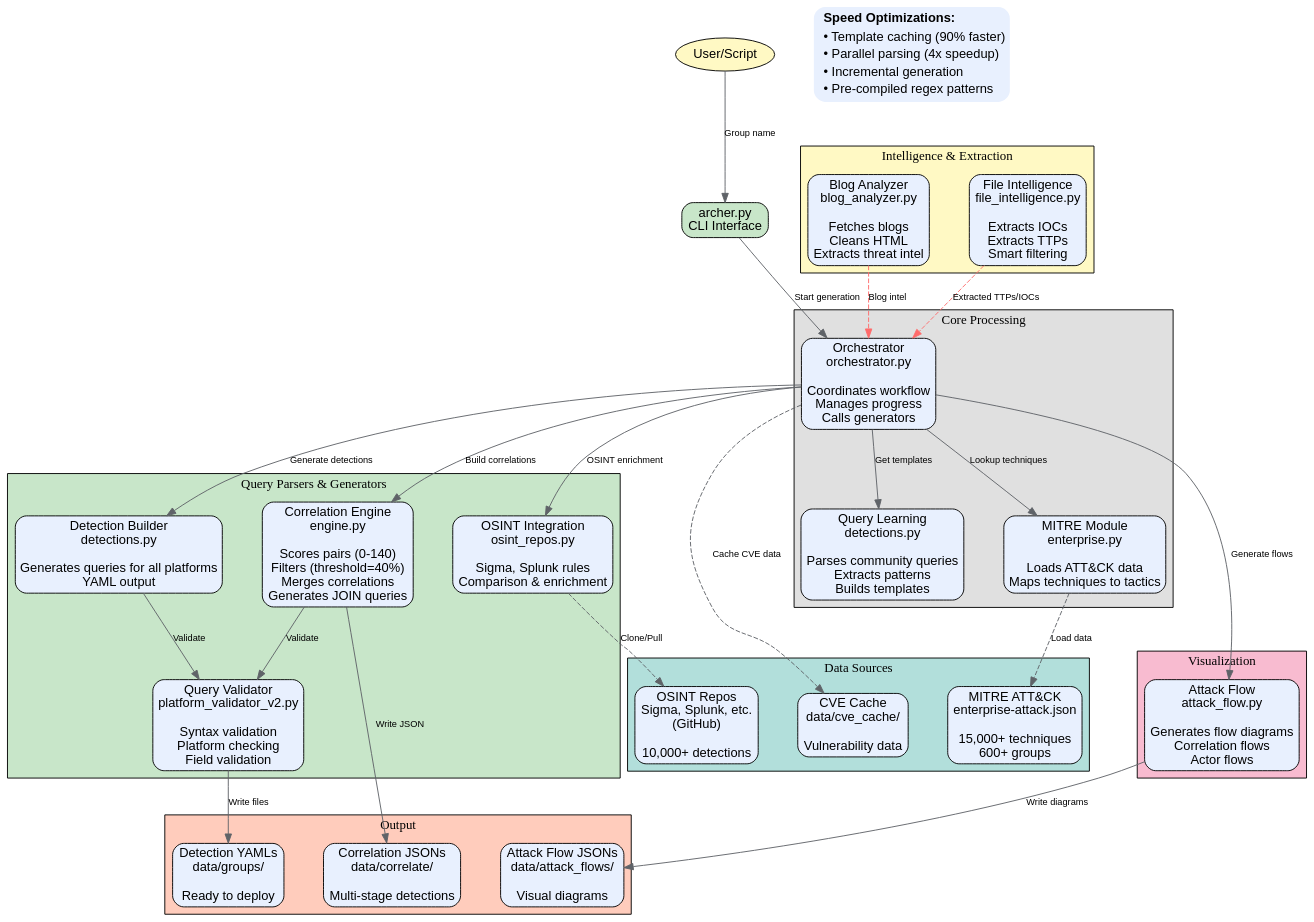
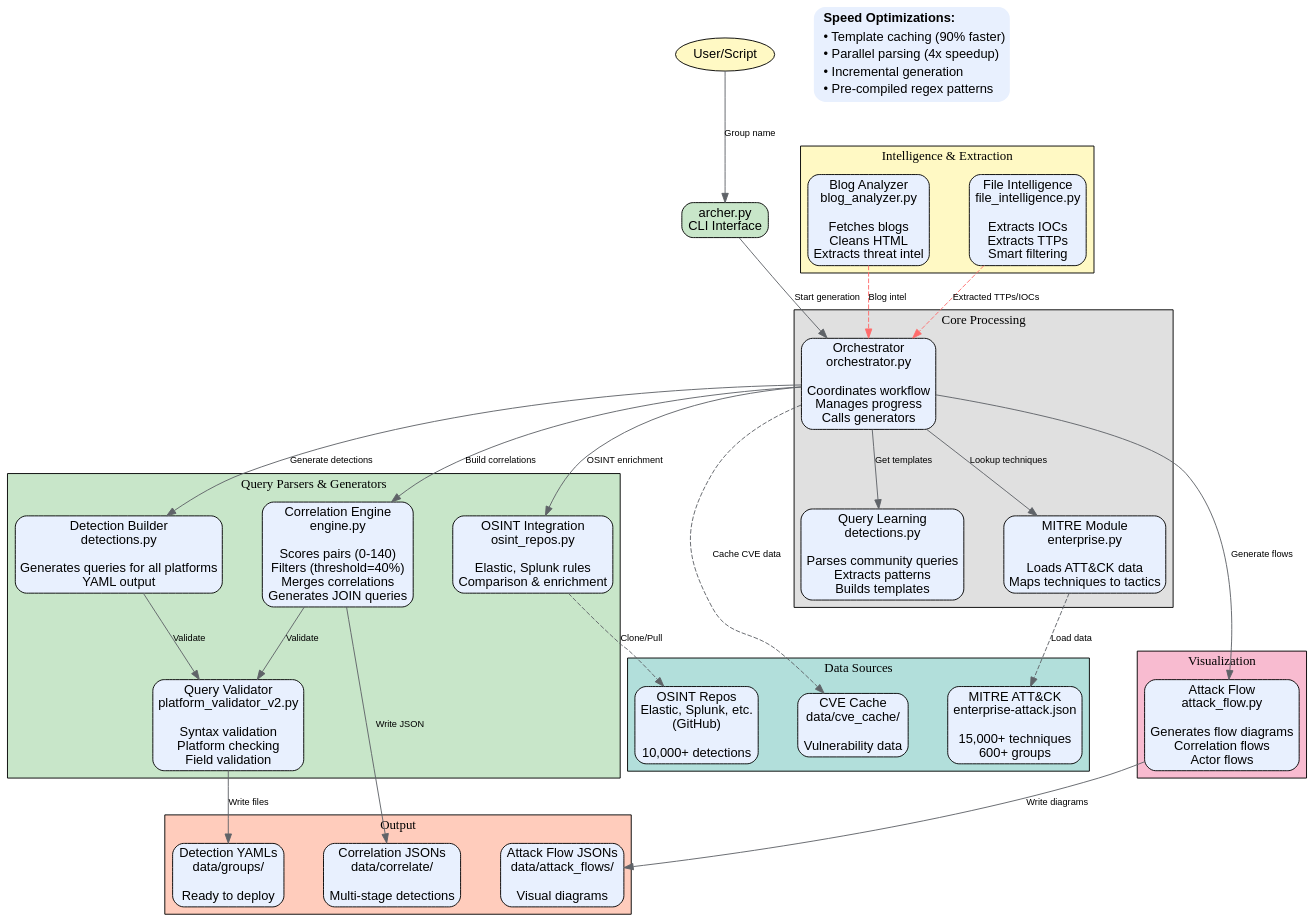
One commit to cmdaltr/shikari changed the diagram in docs/architecture/diagrams/components/cli_diagram.dot. Above: the diagram before and after it, drawn with Graphviz. The commit also changed 24 other files, not shown here.

```diff
--- a/docs/architecture/diagrams/components/cli_diagram.dot
+++ b/docs/architecture/diagrams/components/cli_diagram.dot
@@ -1,120 +1,120 @@
 digraph ArcherCLI {
     rankdir=TB;
     node [shape=box, style="rounded,filled", fillcolor="#e8f0fe", fontname="Arial"];
     edge [color="#5f6368", fontname="Arial", fontsize=10];
 
     graph [bgcolor="transparent", pad="0.5", ranksep="0.8", nodesep="0.6"];
 
     // User input
     user [label="User/Script", shape=ellipse, fillcolor="#fff9c4", style="filled"];
 
     // CLI entry point
     cli [label="archer.py\nCLI Interface", fillcolor="#c8e6c9"];
 
     // Core modules
     subgraph cluster_core {
         label="Core Processing";
         style=filled;
         fillcolor="#e0e0e0";
         fontname="Arial Bold";
 
         mitre [label="MITRE Module\nenterprise.py\n\nLoads ATT&CK data\nMaps techniques to tactics"];
         learning [label="Query Learning\ndetections.py\n\nParses community queries\nExtracts patterns\nBuilds templates"];
         orchestrator [label="Orchestrator\norchestrator.py\n\nCoordinates workflow\nManages progress\nCalls generators"];
     }
 
     // Parser layer
     subgraph cluster_parsers {
         label="Query Parsers & Generators";
         style=filled;
         fillcolor="#c8e6c9";
         fontname="Arial Bold";
 
         detections [label="Detection Builder\ndetections.py\n\nGenerates queries for all platforms\nYAML output"];
         correlations [label="Correlation Engine\nengine.py\n\nScores pairs (0-140)\nFilters (threshold=40%)\nMerges correlations\nGenerates JOIN queries"];
-        osint [label="OSINT Integration\nosint_repos.py\n\nSigma, Splunk rules\nComparison & enrichment"];
+        osint [label="OSINT Integration\nosint_repos.py\n\nElastic, Splunk rules\nComparison & enrichment"];
         validator [label="Query Validator\nplatform_validator_v2.py\n\nSyntax validation\nPlatform checking\nField validation"];
     }
 
     // Intelligence layer
     subgraph cluster_intelligence {
         label="Intelligence & Extraction";
         style=filled;
         fillcolor="#fff9c4";
         fontname="Arial Bold";
 
         file_intel [label="File Intelligence\nfile_intelligence.py\n\nExtracts IOCs\nExtracts TTPs\nSmart filtering"];
         blog_analyzer [label="Blog Analyzer\nblog_analyzer.py\n\nFetches blogs\nCleans HTML\nExtracts threat intel"];
     }
 
     // Visualization
     subgraph cluster_viz {
         label="Visualization";
         style=filled;
         fillcolor="#f8bbd0";
         fontname="Arial Bold";
 
         attack_flow [label="Attack Flow\nattack_flow.py\n\nGenerates flow diagrams\nCorrelation flows\nActor flows"];
     }
 
     // Data sources
     subgraph cluster_data {
         label="Data Sources";
         style=filled;
         fillcolor="#b2dfdb";
         fontname="Arial Bold";
 
         attack_data [label="MITRE ATT&CK\nenterprise-attack.json\n\n15,000+ techniques\n600+ groups"];
-        repos [label="OSINT Repos\nSigma, Splunk, etc.\n(GitHub)\n\n10,000+ detections"];
+        repos [label="OSINT Repos\nElastic, Splunk, etc.\n(GitHub)\n\n10,000+ detections"];
         cache [label="CVE Cache\ndata/cve_cache/\n\nVulnerability data"];
     }
 
     // Output
     subgraph cluster_output {
         label="Output";
         style=filled;
         fillcolor="#ffccbc";
         fontname="Arial Bold";
 
         yamls [label="Detection YAMLs\ndata/groups/\n\nReady to deploy"];
         corr_files [label="Correlation JSONs\ndata/correlate/\n\nMulti-stage detections"];
         flow_files [label="Attack Flow JSONs\ndata/attack_flows/\n\nVisual diagrams"];
     }
 
     // Main workflow
     user -> cli [label="Group name"];
     cli -> orchestrator [label="Start generation"];
     orchestrator -> mitre [label="Lookup techniques"];
     orchestrator -> learning [label="Get templates"];
 
     mitre -> attack_data [label="Load data", style=dashed];
     osint -> repos [label="Clone/Pull", style=dashed];
     orchestrator -> cache [label="Cache CVE data", style=dashed];
 
     orchestrator -> detections [label="Generate detections"];
     orchestrator -> correlations [label="Build correlations"];
     orchestrator -> osint [label="OSINT enrichment"];
     orchestrator -> attack_flow [label="Generate flows"];
 
     detections -> validator [label="Validate"];
     correlations -> validator [label="Validate"];
 
     validator -> yamls [label="Write files"];
     correlations -> corr_files [label="Write JSON"];
     attack_flow -> flow_files [label="Write diagrams"];
 
     // Intelligence paths
     file_intel -> orchestrator [label="Extracted TTPs/IOCs", style=dashed, color="#ff6b6b"];
     blog_analyzer -> orchestrator [label="Blog intel", style=dashed, color="#ff6b6b"];
 
     // Legend
     legend [shape=plaintext, label=<
         <table border="0" cellborder="0" cellspacing="0">
         <tr><td align="left"><b>Speed Optimizations:</b></td></tr>
         <tr><td align="left">• Template caching (90% faster)</td></tr>
         <tr><td align="left">• Parallel parsing (4x speedup)</td></tr>
         <tr><td align="left">• Incremental generation</td></tr>
         <tr><td align="left">• Pre-compiled regex patterns</td></tr>
         </table>
     >];
 }
```
